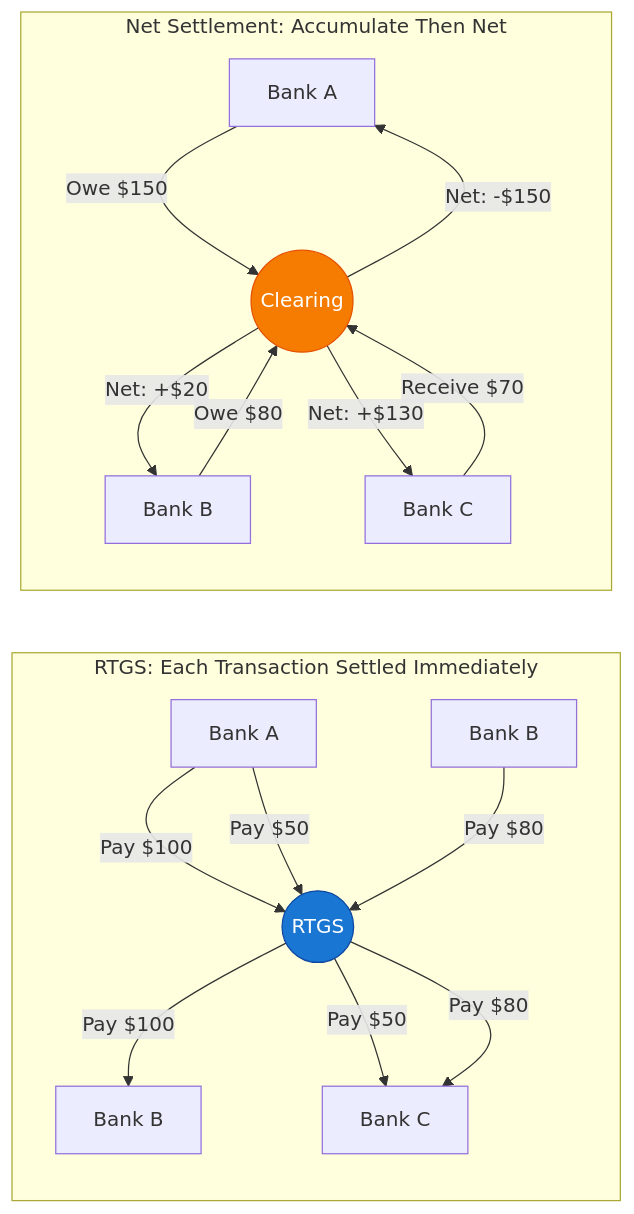
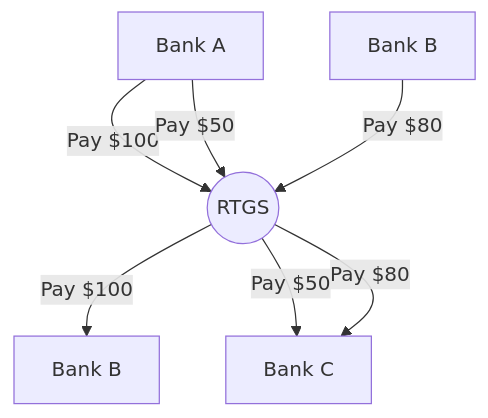
Before and after one commit to neoalienson/neo01.com-source: the second of 5 diagrams in _posts/2025/12/Understanding-RTGS-From-Batch-Nightmares-To-Continuous-Settlement.md, drawn with Mermaid. The commit also changed other lines of this file, not shown here.

Commit message:
update diagram

````diff
--- a/_posts/2025/12/Understanding-RTGS-From-Batch-Nightmares-To-Continuous-Settlement.md
+++ b/_posts/2025/12/Understanding-RTGS-From-Batch-Nightmares-To-Continuous-Settlement.md
@@ -159,25 +161,11 @@
 ```mermaid
-graph LR
-    subgraph "RTGS: Each Transaction Settled Immediately"
-        A1[Bank A] -->|Pay $100| A2((RTGS))
-        A2 -->|Pay $100| A3[Bank B]
-        A1 -->|Pay $50| A2
-        A2 -->|Pay $50| A4[Bank C]
-        
-        A5[Bank B] -->|Pay $80| A2
-        A2 -->|Pay $80| A4
-    end
+
+graph TD
+    A1[Bank A] -->|Pay $100| A2((RTGS))
+    A2 -->|Pay $100| A3[Bank B]
+    A1 -->|Pay $50| A2
+    A2 -->|Pay $50| A4[Bank C]
     
-    subgraph "Net Settlement: Accumulate Then Net"
-        B1[Bank A] -->|Owe $150| B2((Clearing))
-        B3[Bank B] -->|Owe $80| B2
-        B4[Bank C] -->|Receive $70| B2
-        
-        B2 -->|Net: -$150| B1
-        B2 -->|Net: +$20| B3
-        B2 -->|Net: +$130| B4
-    end
-    
-    style A2 fill:#1976d2,stroke:#0d47a1,color:#fff
-    style B2 fill:#f57c00,stroke:#e65100,color:#fff
+    A5[Bank B] -->|Pay $80| A2
+    A2 -->|Pay $80| A4
 ```
````
